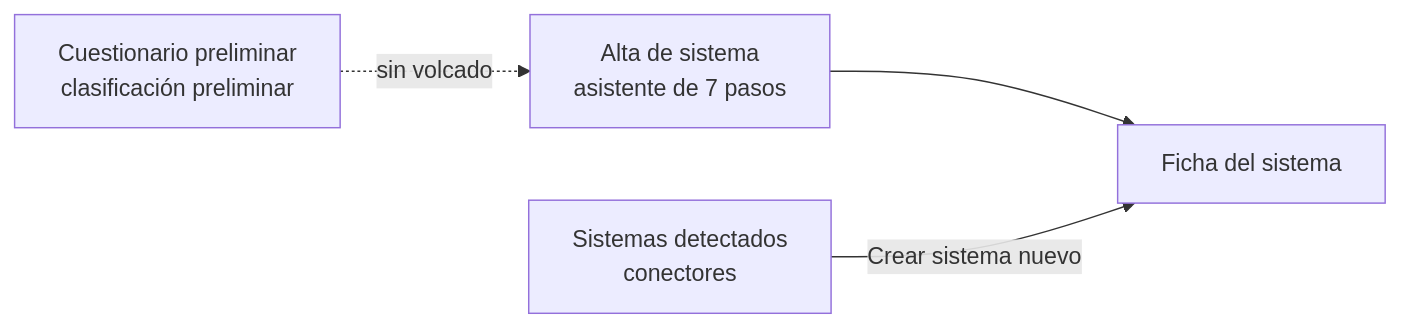
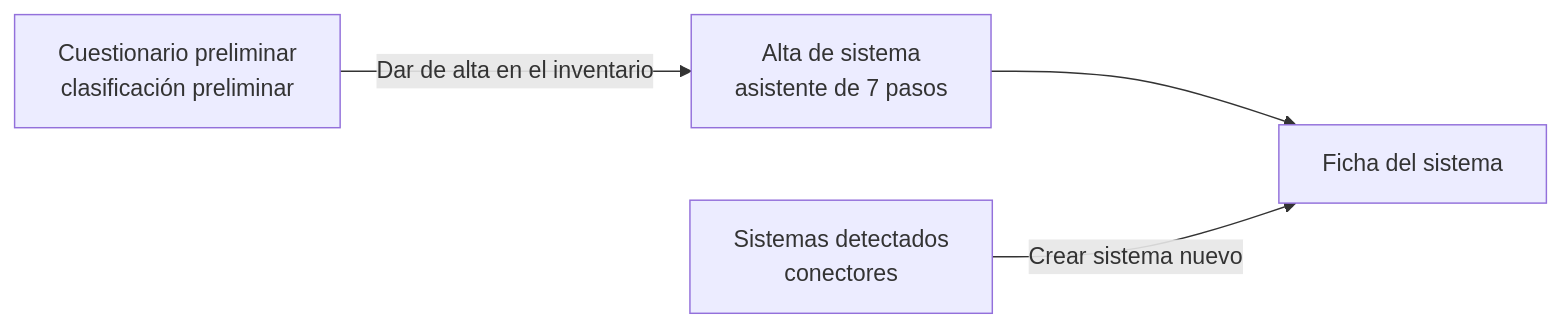
The third of 9 diagrams in docs/funcional/flujo-completo-evaluacion.md (albarracingarciap/fluxion-saas), drawn with Mermaid before and after one commit. The commit also changed other lines of this file and 18 other files, not shown here.

````diff
--- a/docs/funcional/flujo-completo-evaluacion.md
+++ b/docs/funcional/flujo-completo-evaluacion.md
@@ -350,6 +353,6 @@
 ```mermaid
 flowchart LR
-  Q[Cuestionario preliminar<br/>clasificación preliminar] -. sin volcado .-> A
+  Q[Cuestionario preliminar<br/>clasificación preliminar] -->|Dar de alta en el inventario| A
   A[Alta de sistema<br/>asistente de 7 pasos] --> F[Ficha del sistema]
   D[Sistemas detectados<br/>conectores] -->|Crear sistema nuevo| F
 ```
````
